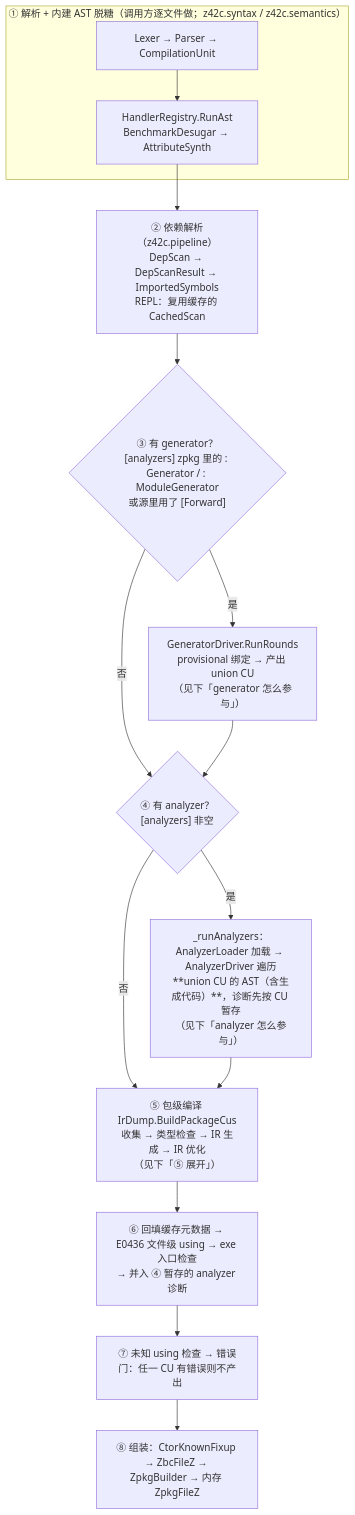
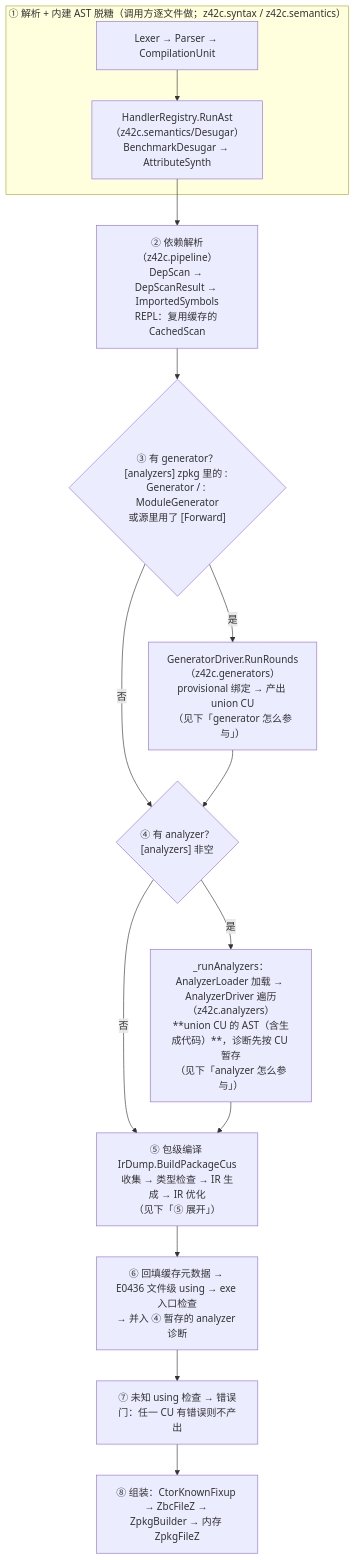
Before and after one commit to z42-lang/z42: the second of 4 diagrams in docs/internals/src/compiler/source-compile.md, drawn with Mermaid. The commit also changed 40 other files, not shown here.

First line of the commit message:
refactor(z42c): generator 拆成独立包 z42c.generators；内建脱糖归 semantics/Desugar

````diff
--- a/docs/internals/src/compiler/source-compile.md
+++ b/docs/internals/src/compiler/source-compile.md
@@ -25,19 +25,19 @@
 ```mermaid
 flowchart TD
   subgraph S0["① 解析 + 内建 AST 脱糖（调用方逐文件做；z42c.syntax / z42c.semantics）"]
-    P0[Lexer → Parser → CompilationUnit] --> RA["HandlerRegistry.RunAst<br/>BenchmarkDesugar → AttributeSynth"]
+    P0[Lexer → Parser → CompilationUnit] --> RA["HandlerRegistry.RunAst（z42c.semantics/Desugar）<br/>BenchmarkDesugar → AttributeSynth"]
   end
   RA --> DEP["② 依赖解析（z42c.pipeline）<br/>DepScan → DepScanResult → ImportedSymbols<br/>REPL：复用缓存的 CachedScan"]
   DEP --> GATE{"③ 有 generator？<br/>[analyzers] zpkg 里的 : Generator / : ModuleGenerator<br/>或源里用了 [Forward]"}
   GATE -->|否| AGATE
-  GATE -->|是| GEN["GeneratorDriver.RunRounds<br/>provisional 绑定 → 产出 union CU<br/>（见下「generator 怎么参与」）"]
+  GATE -->|是| GEN["GeneratorDriver.RunRounds（z42c.generators）<br/>provisional 绑定 → 产出 union CU<br/>（见下「generator 怎么参与」）"]
   GEN --> AGATE
   AGATE{"④ 有 analyzer？<br/>[analyzers] 非空"}
   AGATE -->|否| BIND
-  AGATE -->|是| AN["_runAnalyzers：AnalyzerLoader 加载 → AnalyzerDriver 遍历<br/>**union CU 的 AST（含生成代码）**，诊断先按 CU 暂存<br/>（见下「analyzer 怎么参与」）"]
+  AGATE -->|是| AN["_runAnalyzers：AnalyzerLoader 加载 → AnalyzerDriver 遍历（z42c.analyzers）<br/>**union CU 的 AST（含生成代码）**，诊断先按 CU 暂存<br/>（见下「analyzer 怎么参与」）"]
   AN --> BIND
   BIND["⑤ 包级编译 IrDump.BuildPackageCus<br/>收集 → 类型检查 → IR 生成 → IR 优化<br/>（见下「⑤ 展开」）"]
   BIND --> POST["⑥ 回填缓存元数据 → E0436 文件级 using → exe 入口检查<br/>→ 并入 ④ 暂存的 analyzer 诊断"]
   POST --> TAIL["⑦ 未知 using 检查 → 错误门：任一 CU 有错误则不产出"]
   TAIL --> ASM["⑧ 组装：CtorKnownFixup → ZbcFileZ → ZpkgBuilder → 内存 ZpkgFileZ"]
 ```
````
